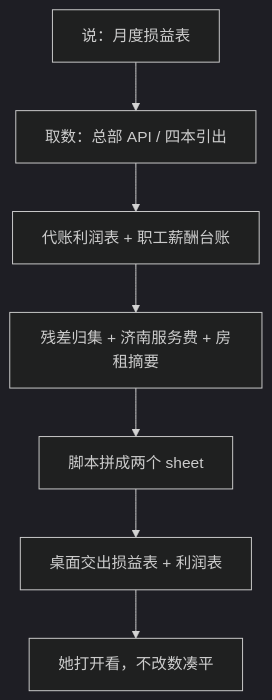
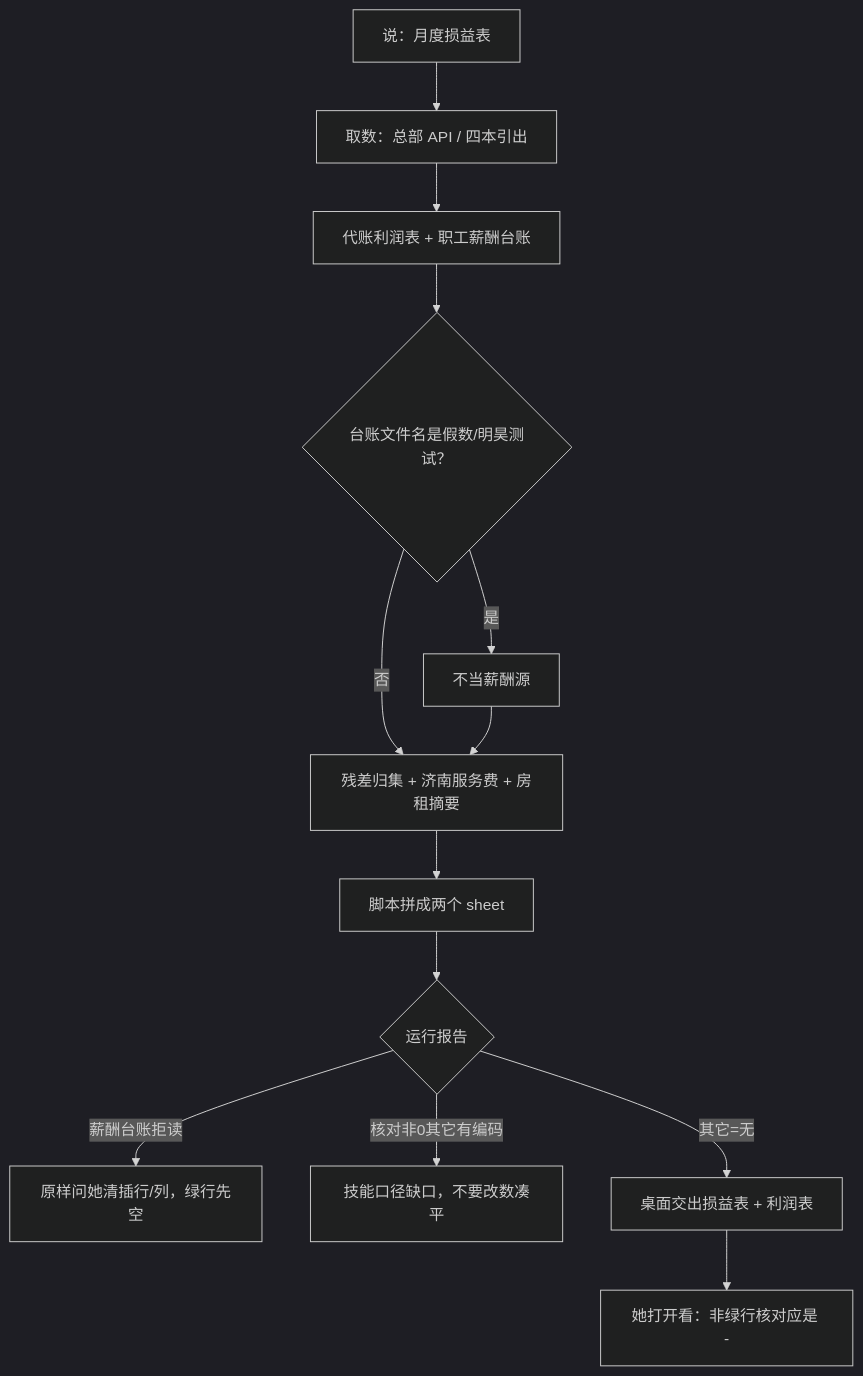
The diagram in skills/pl-dept-report/README.md (EvanLee2004/finance-skills), drawn with Mermaid (dark theme) before and after one commit. The commit also changed other lines of this file and 7 other files, not shown here.

````diff
--- a/skills/pl-dept-report/README.md
+++ b/skills/pl-dept-report/README.md
@@ -55,9 +55,15 @@
 ```mermaid
 flowchart TD
   A["说：月度损益表"] --> B["取数：总部 API / 四本引出"]
   B --> C["代账利润表 + 职工薪酬台账"]
-  C --> C2["残差归集 + 济南服务费 + 房租摘要"]
+  C --> C1{"台账文件名是假数/明昊测试？"}
+  C1 -->|是| C3["不当薪酬源"]
+  C1 -->|否| C2["残差归集 + 济南服务费 + 房租摘要"]
+  C3 --> C2
   C2 --> D["脚本拼成两个 sheet"]
-  D --> E["桌面交出损益表 + 利润表"]
-  E --> F["她打开看，不改数凑平"]
+  D --> E{"运行报告"}
+  E -->|薪酬台账拒读| F["原样问她清插行/列，绿行先空"]
+  E -->|核对非0其它有编码| X["技能口径缺口，不要改数凑平"]
+  E -->|其它=无| G["桌面交出损益表 + 利润表"]
+  G --> H["她打开看：非绿行核对应是 -"]
 ```
````
